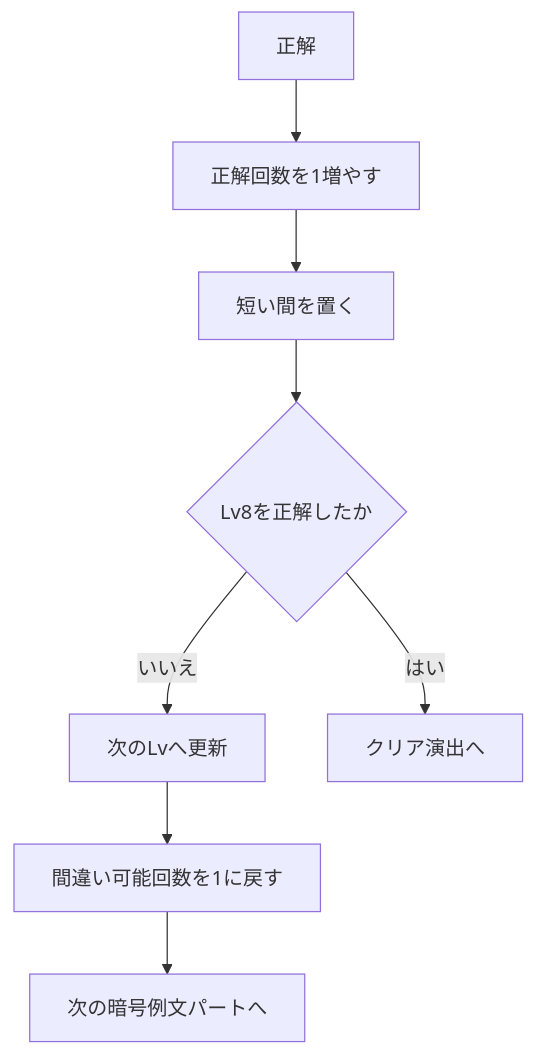
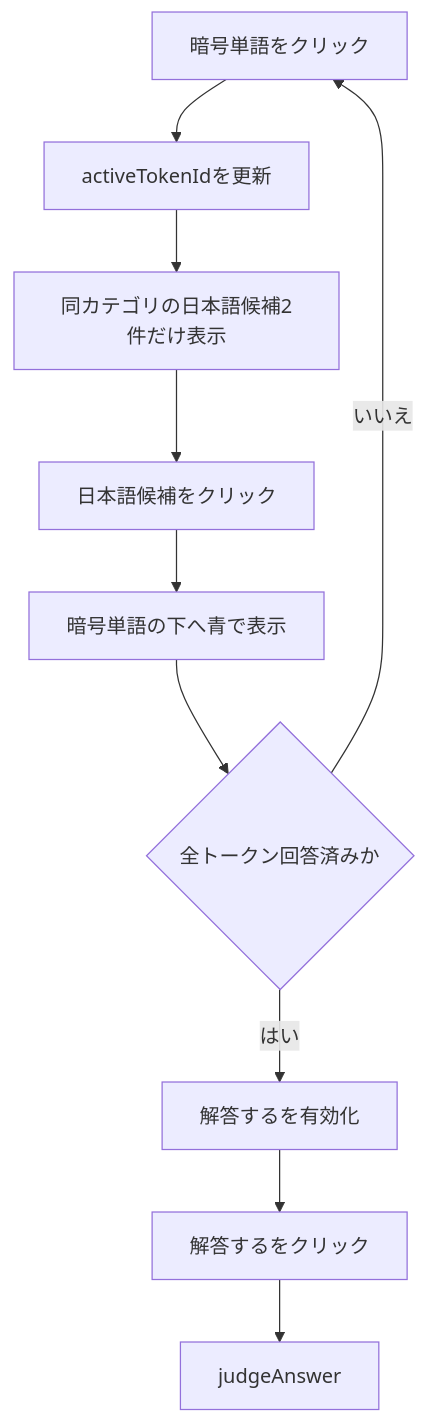
The eighth of 13 diagrams in docs/project-flow.md (lycanthr0pes/language-deciphering-game), drawn with Mermaid before and after one commit. The commit also changed other lines of this file and 12 other files, not shown here.

````diff
--- a/docs/project-flow.md
+++ b/docs/project-flow.md
@@ -198,10 +174,12 @@
 ```mermaid
 flowchart TD
-    A[正解] --> B[正解回数を1増やす]
-    B --> C[短い間を置く]
-    C --> D{Lv8を正解したか}
-    D -->|いいえ| E[次のLvへ更新]
-    E --> F[間違い可能回数を1に戻す]
-    F --> G[次の暗号例文パートへ]
-    D -->|はい| I[クリア演出へ]
+    A[暗号単語をクリック] --> B[activeTokenIdを更新]
+    B --> C[同カテゴリの日本語候補2件だけ表示]
+    C --> D[日本語候補をクリック]
+    D --> E[暗号単語の下へ青で表示]
+    E --> F{全トークン回答済みか}
+    F -->|いいえ| A
+    F -->|はい| G[解答するを有効化]
+    G --> H[解答するをクリック]
+    H --> I[judgeAnswer]
 ```
````
